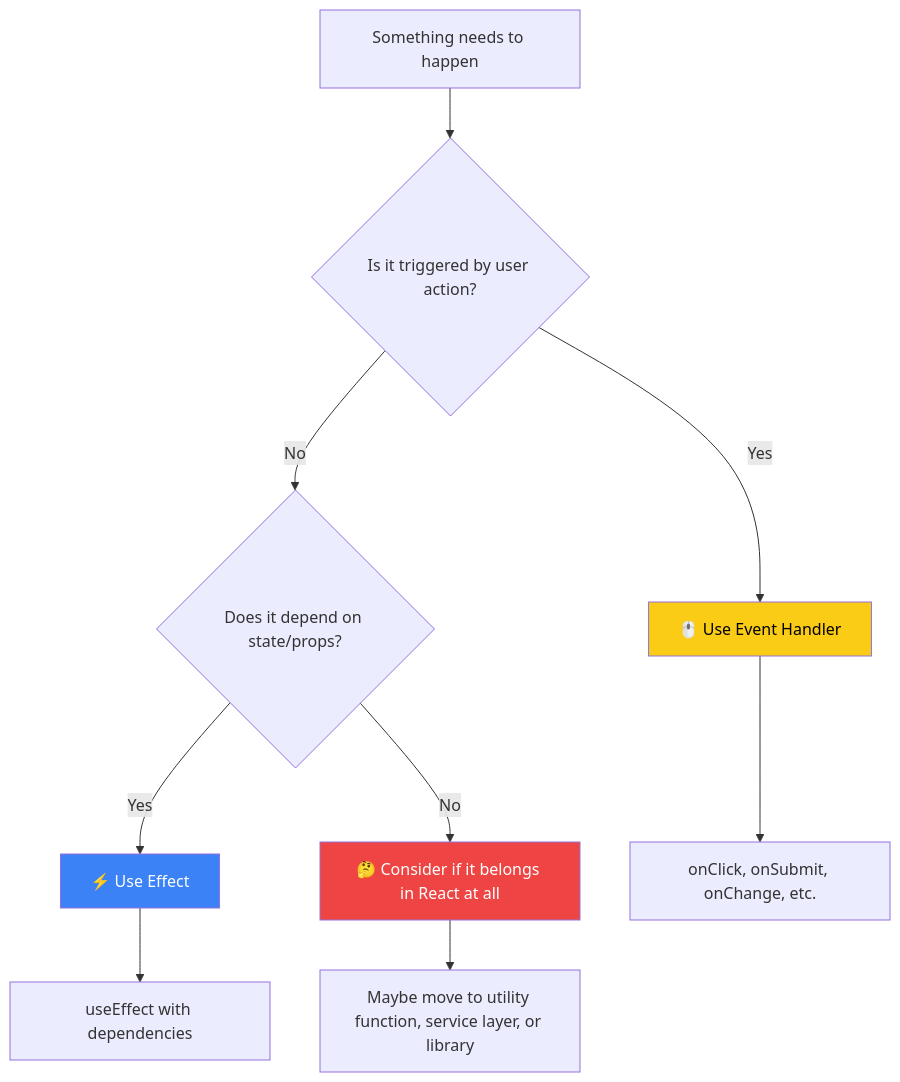
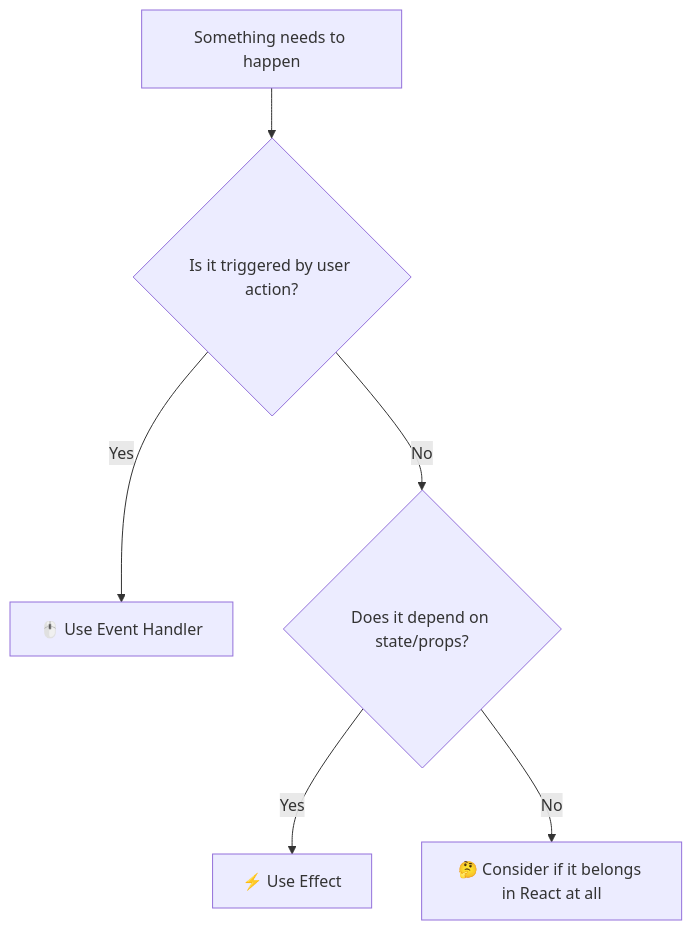
Before and after one commit to sohrabinument/javascript-guidebook: the second of 4 diagrams in pages/javascript-guidebook-en/React-js/module-04/synchronizing-with-effects-overview/synchronizing-with-effects-advanced.mdx, drawn with Mermaid. The commit also changed other lines of this file, not shown here.

`````diff
--- a/pages/javascript-guidebook-en/React-js/module-04/synchronizing-with-effects-overview/synchronizing-with-effects-advanced.mdx
+++ b/pages/javascript-guidebook-en/React-js/module-04/synchronizing-with-effects-overview/synchronizing-with-effects-advanced.mdx
@@ -940,16 +988,8 @@
 ```mermaid
 graph TD
     A[Something needs to happen] --> B{Is it triggered by user action?}
     B -->|Yes| C[🖱️ Use Event Handler]
     B -->|No| D{Does it depend on state/props?}
     D -->|Yes| E[⚡ Use Effect]
     D -->|No| F[🤔 Consider if it belongs in React at all]
-
-    C --> G[onClick, onSubmit, onChange, etc.]
-    E --> H[useEffect with dependencies]
-    F --> I[Maybe move to utility function, service layer, or library]
-
-    style C fill:#facc15,color:#000
-    style E fill:#3b82f6,color:#fff
-    style F fill:#ef4444,color:#fff
-````
+```
`````
